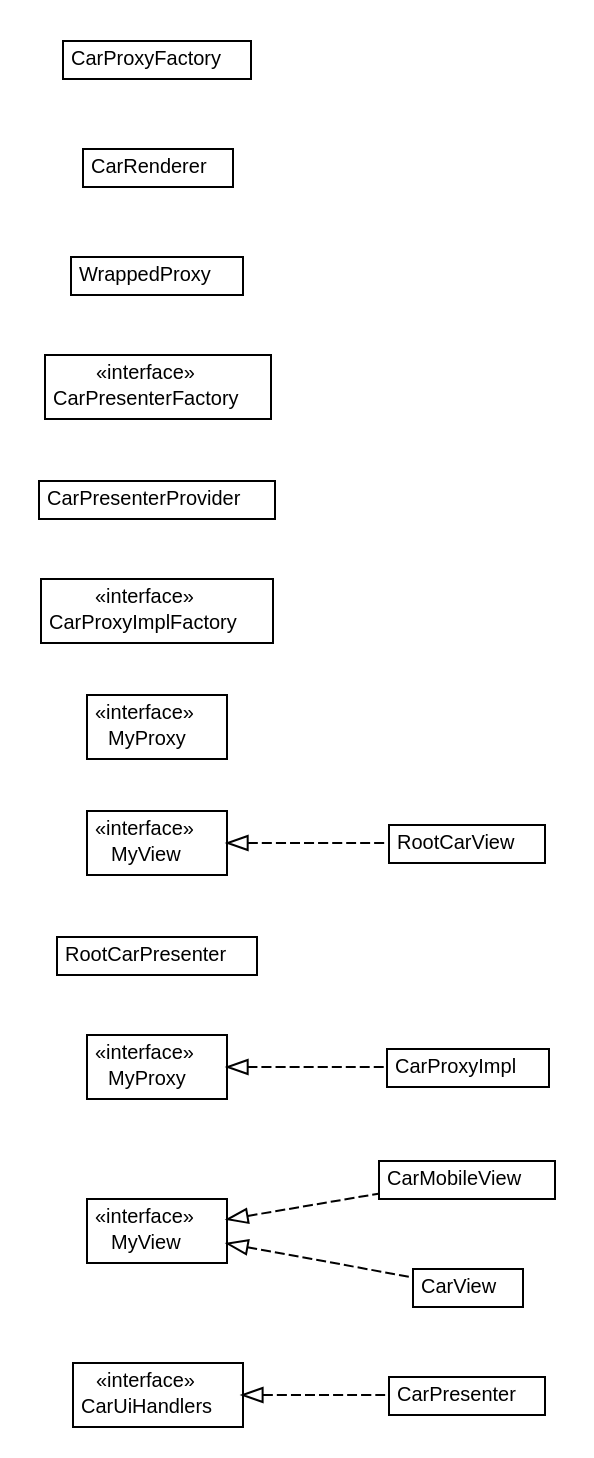
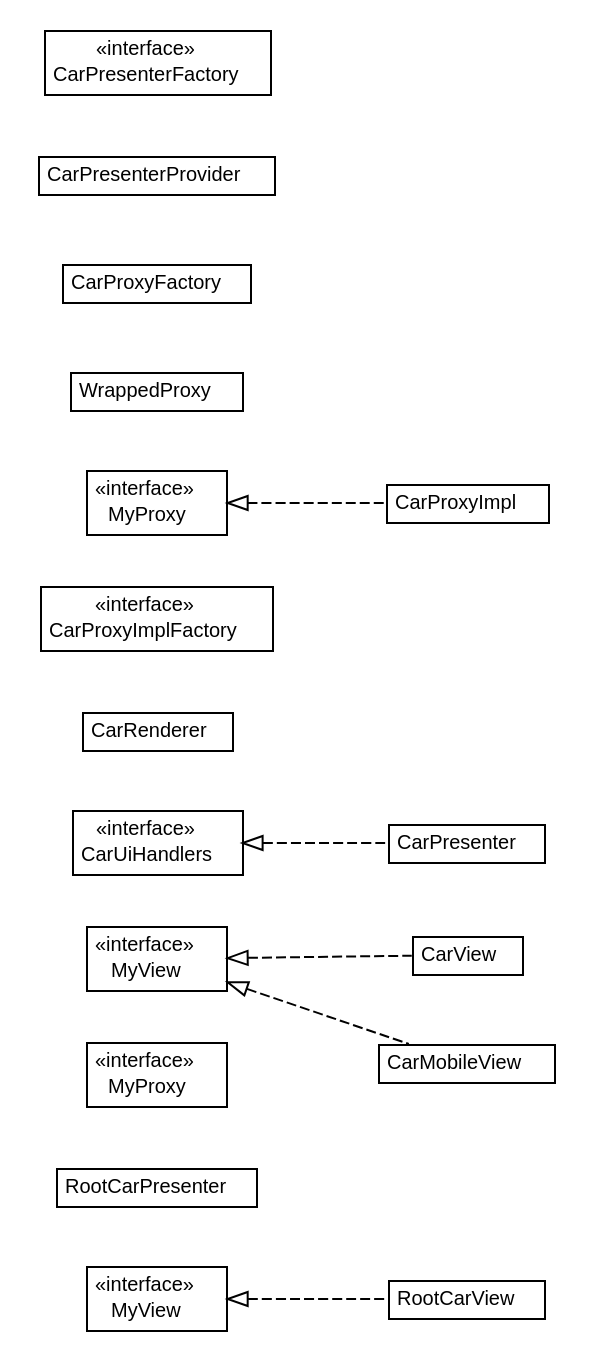
Before and after one commit to ArcBees/GWTP: the diagram in javadoc/apidocs/com/gwtplatform/carstore/client/application/cars/car/com.gwtplatform.carstore.client.application.cars.car.dot, drawn with Graphviz. The commit also changed 2255 other files, not shown here.

```diff
--- a/javadoc/apidocs/com/gwtplatform/carstore/client/application/cars/car/com.gwtplatform.carstore.client.application.cars.car.dot
+++ b/javadoc/apidocs/com/gwtplatform/carstore/client/application/cars/car/com.gwtplatform.carstore.client.application.cars.car.dot
@@ -10,123 +10,123 @@
 	nodesep=0.25;
 	ranksep=0.5;
 	rankdir=LR;
+	// com.gwtplatform.carstore.client.application.cars.car.RootCarView
+	c29363 [label=<<table title="com.gwtplatform.carstore.client.application.cars.car.RootCarView" border="0" cellborder="1" cellspacing="0" cellpadding="2" port="p" href="./RootCarView.html">
+		<tr><td><table border="0" cellspacing="0" cellpadding="1">
+<tr><td align="center" balign="center"> RootCarView </td></tr>
+		</table></td></tr>
+		</table>>, URL="./RootCarView.html", fontname="Helvetica", fontcolor="black", fontsize=10.0];
+	// com.gwtplatform.carstore.client.application.cars.car.RootCarPresenter
+	c29364 [label=<<table title="com.gwtplatform.carstore.client.application.cars.car.RootCarPresenter" border="0" cellborder="1" cellspacing="0" cellpadding="2" port="p" href="./RootCarPresenter.html">
+		<tr><td><table border="0" cellspacing="0" cellpadding="1">
+<tr><td align="center" balign="center"> RootCarPresenter </td></tr>
+		</table></td></tr>
+		</table>>, URL="./RootCarPresenter.html", fontname="Helvetica", fontcolor="black", fontsize=10.0];
+	// com.gwtplatform.carstore.client.application.cars.car.RootCarPresenter.MyView
+	c29365 [label=<<table title="com.gwtplatform.carstore.client.application.cars.car.RootCarPresenter.MyView" border="0" cellborder="1" cellspacing="0" cellpadding="2" port="p" href="./RootCarPresenter.MyView.html">
+		<tr><td><table border="0" cellspacing="0" cellpadding="1">
+<tr><td align="center" balign="center"> &#171;interface&#187; </td></tr>
+<tr><td align="center" balign="center"> MyView </td></tr>
+		</table></td></tr>
+		</table>>, URL="./RootCarPresenter.MyView.html", fontname="Helvetica", fontcolor="black", fontsize=10.0];
+	// com.gwtplatform.carstore.client.application.cars.car.RootCarPresenter.MyProxy
+	c29366 [label=<<table title="com.gwtplatform.carstore.client.application.cars.car.RootCarPresenter.MyProxy" border="0" cellborder="1" cellspacing="0" cellpadding="2" port="p" href="./RootCarPresenter.MyProxy.html">
+		<tr><td><table border="0" cellspacing="0" cellpadding="1">
+<tr><td align="center" balign="center"> &#171;interface&#187; </td></tr>
+<tr><td align="center" balign="center"> MyProxy </td></tr>
+		</table></td></tr>
+		</table>>, URL="./RootCarPresenter.MyProxy.html", fontname="Helvetica", fontcolor="black", fontsize=10.0];
+	// com.gwtplatform.carstore.client.application.cars.car.CarView
+	c29367 [label=<<table title="com.gwtplatform.carstore.client.application.cars.car.CarView" border="0" cellborder="1" cellspacing="0" cellpadding="2" port="p" href="./CarView.html">
+		<tr><td><table border="0" cellspacing="0" cellpadding="1">
+<tr><td align="center" balign="center"> CarView </td></tr>
+		</table></td></tr>
+		</table>>, URL="./CarView.html", fontname="Helvetica", fontcolor="black", fontsize=10.0];
 	// com.gwtplatform.carstore.client.application.cars.car.CarUiHandlers
-	c45191 [label=<<table title="com.gwtplatform.carstore.client.application.cars.car.CarUiHandlers" border="0" cellborder="1" cellspacing="0" cellpadding="2" port="p" href="./CarUiHandlers.html">
+	c29368 [label=<<table title="com.gwtplatform.carstore.client.application.cars.car.CarUiHandlers" border="0" cellborder="1" cellspacing="0" cellpadding="2" port="p" href="./CarUiHandlers.html">
 		<tr><td><table border="0" cellspacing="0" cellpadding="1">
 <tr><td align="center" balign="center"> &#171;interface&#187; </td></tr>
 <tr><td align="center" balign="center"> CarUiHandlers </td></tr>
 		</table></td></tr>
 		</table>>, URL="./CarUiHandlers.html", fontname="Helvetica", fontcolor="black", fontsize=10.0];
+	// com.gwtplatform.carstore.client.application.cars.car.CarRenderer
+	c29369 [label=<<table title="com.gwtplatform.carstore.client.application.cars.car.CarRenderer" border="0" cellborder="1" cellspacing="0" cellpadding="2" port="p" href="./CarRenderer.html">
+		<tr><td><table border="0" cellspacing="0" cellpadding="1">
+<tr><td align="center" balign="center"> CarRenderer </td></tr>
+		</table></td></tr>
+		</table>>, URL="./CarRenderer.html", fontname="Helvetica", fontcolor="black", fontsize=10.0];
+	// com.gwtplatform.carstore.client.application.cars.car.CarProxyImplFactory
+	c29370 [label=<<table title="com.gwtplatform.carstore.client.application.cars.car.CarProxyImplFactory" border="0" cellborder="1" cellspacing="0" cellpadding="2" port="p" href="./CarProxyImplFactory.html">
+		<tr><td><table border="0" cellspacing="0" cellpadding="1">
+<tr><td align="center" balign="center"> &#171;interface&#187; </td></tr>
+<tr><td align="center" balign="center"> CarProxyImplFactory </td></tr>
+		</table></td></tr>
+		</table>>, URL="./CarProxyImplFactory.html", fontname="Helvetica", fontcolor="black", fontsize=10.0];
+	// com.gwtplatform.carstore.client.application.cars.car.CarProxyImpl
+	c29371 [label=<<table title="com.gwtplatform.carstore.client.application.cars.car.CarProxyImpl" border="0" cellborder="1" cellspacing="0" cellpadding="2" port="p" href="./CarProxyImpl.html">
+		<tr><td><table border="0" cellspacing="0" cellpadding="1">
+<tr><td align="center" balign="center"> CarProxyImpl </td></tr>
+		</table></td></tr>
+		</table>>, URL="./CarProxyImpl.html", fontname="Helvetica", fontcolor="black", fontsize=10.0];
+	// com.gwtplatform.carstore.client.application.cars.car.CarProxyImpl.WrappedProxy
+	c29372 [label=<<table title="com.gwtplatform.carstore.client.application.cars.car.CarProxyImpl.WrappedProxy" border="0" cellborder="1" cellspacing="0" cellpadding="2" port="p" href="./CarProxyImpl.WrappedProxy.html">
+		<tr><td><table border="0" cellspacing="0" cellpadding="1">
+<tr><td align="center" balign="center"> WrappedProxy </td></tr>
+		</table></td></tr>
+		</table>>, URL="./CarProxyImpl.WrappedProxy.html", fontname="Helvetica", fontcolor="black", fontsize=10.0];
+	// com.gwtplatform.carstore.client.application.cars.car.CarProxyFactory
+	c29373 [label=<<table title="com.gwtplatform.carstore.client.application.cars.car.CarProxyFactory" border="0" cellborder="1" cellspacing="0" cellpadding="2" port="p" href="./CarProxyFactory.html">
+		<tr><td><table border="0" cellspacing="0" cellpadding="1">
+<tr><td align="center" balign="center"> CarProxyFactory </td></tr>
+		</table></td></tr>
+		</table>>, URL="./CarProxyFactory.html", fontname="Helvetica", fontcolor="black", fontsize=10.0];
+	// com.gwtplatform.carstore.client.application.cars.car.CarPresenterProvider
+	c29374 [label=<<table title="com.gwtplatform.carstore.client.application.cars.car.CarPresenterProvider" border="0" cellborder="1" cellspacing="0" cellpadding="2" port="p" href="./CarPresenterProvider.html">
+		<tr><td><table border="0" cellspacing="0" cellpadding="1">
+<tr><td align="center" balign="center"> CarPresenterProvider </td></tr>
+		</table></td></tr>
+		</table>>, URL="./CarPresenterProvider.html", fontname="Helvetica", fontcolor="black", fontsize=10.0];
+	// com.gwtplatform.carstore.client.application.cars.car.CarPresenterFactory
+	c29375 [label=<<table title="com.gwtplatform.carstore.client.application.cars.car.CarPresenterFactory" border="0" cellborder="1" cellspacing="0" cellpadding="2" port="p" href="./CarPresenterFactory.html">
+		<tr><td><table border="0" cellspacing="0" cellpadding="1">
+<tr><td align="center" balign="center"> &#171;interface&#187; </td></tr>
+<tr><td align="center" balign="center"> CarPresenterFactory </td></tr>
+		</table></td></tr>
+		</table>>, URL="./CarPresenterFactory.html", fontname="Helvetica", fontcolor="black", fontsize=10.0];
 	// com.gwtplatform.carstore.client.application.cars.car.CarPresenter
-	c45192 [label=<<table title="com.gwtplatform.carstore.client.application.cars.car.CarPresenter" border="0" cellborder="1" cellspacing="0" cellpadding="2" port="p" href="./CarPresenter.html">
+	c29376 [label=<<table title="com.gwtplatform.carstore.client.application.cars.car.CarPresenter" border="0" cellborder="1" cellspacing="0" cellpadding="2" port="p" href="./CarPresenter.html">
 		<tr><td><table border="0" cellspacing="0" cellpadding="1">
 <tr><td align="center" balign="center"> CarPresenter </td></tr>
 		</table></td></tr>
 		</table>>, URL="./CarPresenter.html", fontname="Helvetica", fontcolor="black", fontsize=10.0];
 	// com.gwtplatform.carstore.client.application.cars.car.CarPresenter.MyView
-	c45193 [label=<<table title="com.gwtplatform.carstore.client.application.cars.car.CarPresenter.MyView" border="0" cellborder="1" cellspacing="0" cellpadding="2" port="p" href="./CarPresenter.MyView.html">
+	c29377 [label=<<table title="com.gwtplatform.carstore.client.application.cars.car.CarPresenter.MyView" border="0" cellborder="1" cellspacing="0" cellpadding="2" port="p" href="./CarPresenter.MyView.html">
 		<tr><td><table border="0" cellspacing="0" cellpadding="1">
 <tr><td align="center" balign="center"> &#171;interface&#187; </td></tr>
 <tr><td align="center" balign="center"> MyView </td></tr>
 		</table></td></tr>
 		</table>>, URL="./CarPresenter.MyView.html", fontname="Helvetica", fontcolor="black", fontsize=10.0];
 	// com.gwtplatform.carstore.client.application.cars.car.CarPresenter.MyProxy
-	c45194 [label=<<table title="com.gwtplatform.carstore.client.application.cars.car.CarPresenter.MyProxy" border="0" cellborder="1" cellspacing="0" cellpadding="2" port="p" href="./CarPresenter.MyProxy.html">
+	c29378 [label=<<table title="com.gwtplatform.carstore.client.application.cars.car.CarPresenter.MyProxy" border="0" cellborder="1" cellspacing="0" cellpadding="2" port="p" href="./CarPresenter.MyProxy.html">
 		<tr><td><table border="0" cellspacing="0" cellpadding="1">
 <tr><td align="center" balign="center"> &#171;interface&#187; </td></tr>
 <tr><td align="center" balign="center"> MyProxy </td></tr>
 		</table></td></tr>
 		</table>>, URL="./CarPresenter.MyProxy.html", fontname="Helvetica", fontcolor="black", fontsize=10.0];
-	// com.gwtplatform.carstore.client.application.cars.car.RootCarPresenter
-	c45195 [label=<<table title="com.gwtplatform.carstore.client.application.cars.car.RootCarPresenter" border="0" cellborder="1" cellspacing="0" cellpadding="2" port="p" href="./RootCarPresenter.html">
-		<tr><td><table border="0" cellspacing="0" cellpadding="1">
-<tr><td align="center" balign="center"> RootCarPresenter </td></tr>
-		</table></td></tr>
-		</table>>, URL="./RootCarPresenter.html", fontname="Helvetica", fontcolor="black", fontsize=10.0];
-	// com.gwtplatform.carstore.client.application.cars.car.RootCarPresenter.MyView
-	c45196 [label=<<table title="com.gwtplatform.carstore.client.application.cars.car.RootCarPresenter.MyView" border="0" cellborder="1" cellspacing="0" cellpadding="2" port="p" href="./RootCarPresenter.MyView.html">
-		<tr><td><table border="0" cellspacing="0" cellpadding="1">
-<tr><td align="center" balign="center"> &#171;interface&#187; </td></tr>
-<tr><td align="center" balign="center"> MyView </td></tr>
-		</table></td></tr>
-		</table>>, URL="./RootCarPresenter.MyView.html", fontname="Helvetica", fontcolor="black", fontsize=10.0];
-	// com.gwtplatform.carstore.client.application.cars.car.RootCarPresenter.MyProxy
-	c45197 [label=<<table title="com.gwtplatform.carstore.client.application.cars.car.RootCarPresenter.MyProxy" border="0" cellborder="1" cellspacing="0" cellpadding="2" port="p" href="./RootCarPresenter.MyProxy.html">
-		<tr><td><table border="0" cellspacing="0" cellpadding="1">
-<tr><td align="center" balign="center"> &#171;interface&#187; </td></tr>
-<tr><td align="center" balign="center"> MyProxy </td></tr>
-		</table></td></tr>
-		</table>>, URL="./RootCarPresenter.MyProxy.html", fontname="Helvetica", fontcolor="black", fontsize=10.0];
-	// com.gwtplatform.carstore.client.application.cars.car.CarProxyImplFactory
-	c45198 [label=<<table title="com.gwtplatform.carstore.client.application.cars.car.CarProxyImplFactory" border="0" cellborder="1" cellspacing="0" cellpadding="2" port="p" href="./CarProxyImplFactory.html">
-		<tr><td><table border="0" cellspacing="0" cellpadding="1">
-<tr><td align="center" balign="center"> &#171;interface&#187; </td></tr>
-<tr><td align="center" balign="center"> CarProxyImplFactory </td></tr>
-		</table></td></tr>
-		</table>>, URL="./CarProxyImplFactory.html", fontname="Helvetica", fontcolor="black", fontsize=10.0];
-	// com.gwtplatform.carstore.client.application.cars.car.RootCarView
-	c45199 [label=<<table title="com.gwtplatform.carstore.client.application.cars.car.RootCarView" border="0" cellborder="1" cellspacing="0" cellpadding="2" port="p" href="./RootCarView.html">
-		<tr><td><table border="0" cellspacing="0" cellpadding="1">
-<tr><td align="center" balign="center"> RootCarView </td></tr>
-		</table></td></tr>
-		</table>>, URL="./RootCarView.html", fontname="Helvetica", fontcolor="black", fontsize=10.0];
-	// com.gwtplatform.carstore.client.application.cars.car.CarPresenterProvider
-	c45200 [label=<<table title="com.gwtplatform.carstore.client.application.cars.car.CarPresenterProvider" border="0" cellborder="1" cellspacing="0" cellpadding="2" port="p" href="./CarPresenterProvider.html">
-		<tr><td><table border="0" cellspacing="0" cellpadding="1">
-<tr><td align="center" balign="center"> CarPresenterProvider </td></tr>
-		</table></td></tr>
-		</table>>, URL="./CarPresenterProvider.html", fontname="Helvetica", fontcolor="black", fontsize=10.0];
 	// com.gwtplatform.carstore.client.application.cars.car.CarMobileView
-	c45201 [label=<<table title="com.gwtplatform.carstore.client.application.cars.car.CarMobileView" border="0" cellborder="1" cellspacing="0" cellpadding="2" port="p" href="./CarMobileView.html">
+	c29379 [label=<<table title="com.gwtplatform.carstore.client.application.cars.car.CarMobileView" border="0" cellborder="1" cellspacing="0" cellpadding="2" port="p" href="./CarMobileView.html">
 		<tr><td><table border="0" cellspacing="0" cellpadding="1">
 <tr><td align="center" balign="center"> CarMobileView </td></tr>
 		</table></td></tr>
 		</table>>, URL="./CarMobileView.html", fontname="Helvetica", fontcolor="black", fontsize=10.0];
-	// com.gwtplatform.carstore.client.application.cars.car.CarPresenterFactory
-	c45202 [label=<<table title="com.gwtplatform.carstore.client.application.cars.car.CarPresenterFactory" border="0" cellborder="1" cellspacing="0" cellpadding="2" port="p" href="./CarPresenterFactory.html">
-		<tr><td><table border="0" cellspacing="0" cellpadding="1">
-<tr><td align="center" balign="center"> &#171;interface&#187; </td></tr>
-<tr><td align="center" balign="center"> CarPresenterFactory </td></tr>
-		</table></td></tr>
-		</table>>, URL="./CarPresenterFactory.html", fontname="Helvetica", fontcolor="black", fontsize=10.0];
-	// com.gwtplatform.carstore.client.application.cars.car.CarProxyImpl
-	c45203 [label=<<table title="com.gwtplatform.carstore.client.application.cars.car.CarProxyImpl" border="0" cellborder="1" cellspacing="0" cellpadding="2" port="p" href="./CarProxyImpl.html">
-		<tr><td><table border="0" cellspacing="0" cellpadding="1">
-<tr><td align="center" balign="center"> CarProxyImpl </td></tr>
-		</table></td></tr>
-		</table>>, URL="./CarProxyImpl.html", fontname="Helvetica", fontcolor="black", fontsize=10.0];
-	// com.gwtplatform.carstore.client.application.cars.car.CarProxyImpl.WrappedProxy
-	c45204 [label=<<table title="com.gwtplatform.carstore.client.application.cars.car.CarProxyImpl.WrappedProxy" border="0" cellborder="1" cellspacing="0" cellpadding="2" port="p" href="./CarProxyImpl.WrappedProxy.html">
-		<tr><td><table border="0" cellspacing="0" cellpadding="1">
-<tr><td align="center" balign="center"> WrappedProxy </td></tr>
-		</table></td></tr>
-		</table>>, URL="./CarProxyImpl.WrappedProxy.html", fontname="Helvetica", fontcolor="black", fontsize=10.0];
-	// com.gwtplatform.carstore.client.application.cars.car.CarRenderer
-	c45205 [label=<<table title="com.gwtplatform.carstore.client.application.cars.car.CarRenderer" border="0" cellborder="1" cellspacing="0" cellpadding="2" port="p" href="./CarRenderer.html">
-		<tr><td><table border="0" cellspacing="0" cellpadding="1">
-<tr><td align="center" balign="center"> CarRenderer </td></tr>
-		</table></td></tr>
-		</table>>, URL="./CarRenderer.html", fontname="Helvetica", fontcolor="black", fontsize=10.0];
-	// com.gwtplatform.carstore.client.application.cars.car.CarView
-	c45206 [label=<<table title="com.gwtplatform.carstore.client.application.cars.car.CarView" border="0" cellborder="1" cellspacing="0" cellpadding="2" port="p" href="./CarView.html">
-		<tr><td><table border="0" cellspacing="0" cellpadding="1">
-<tr><td align="center" balign="center"> CarView </td></tr>
-		</table></td></tr>
-		</table>>, URL="./CarView.html", fontname="Helvetica", fontcolor="black", fontsize=10.0];
-	// com.gwtplatform.carstore.client.application.cars.car.CarProxyFactory
-	c45207 [label=<<table title="com.gwtplatform.carstore.client.application.cars.car.CarProxyFactory" border="0" cellborder="1" cellspacing="0" cellpadding="2" port="p" href="./CarProxyFactory.html">
-		<tr><td><table border="0" cellspacing="0" cellpadding="1">
-<tr><td align="center" balign="center"> CarProxyFactory </td></tr>
-		</table></td></tr>
-		</table>>, URL="./CarProxyFactory.html", fontname="Helvetica", fontcolor="black", fontsize=10.0];
+	//com.gwtplatform.carstore.client.application.cars.car.RootCarView implements com.gwtplatform.carstore.client.application.cars.car.RootCarPresenter.MyView
+	c29365:p -> c29363:p [dir=back,arrowtail=empty,style=dashed];
+	//com.gwtplatform.carstore.client.application.cars.car.CarView implements com.gwtplatform.carstore.client.application.cars.car.CarPresenter.MyView
+	c29377:p -> c29367:p [dir=back,arrowtail=empty,style=dashed];
+	//com.gwtplatform.carstore.client.application.cars.car.CarProxyImpl implements com.gwtplatform.carstore.client.application.cars.car.CarPresenter.MyProxy
+	c29378:p -> c29371:p [dir=back,arrowtail=empty,style=dashed];
 	//com.gwtplatform.carstore.client.application.cars.car.CarPresenter implements com.gwtplatform.carstore.client.application.cars.car.CarUiHandlers
-	c45191:p -> c45192:p [dir=back,arrowtail=empty,style=dashed];
-	//com.gwtplatform.carstore.client.application.cars.car.RootCarView implements com.gwtplatform.carstore.client.application.cars.car.RootCarPresenter.MyView
-	c45196:p -> c45199:p [dir=back,arrowtail=empty,style=dashed];
+	c29368:p -> c29376:p [dir=back,arrowtail=empty,style=dashed];
 	//com.gwtplatform.carstore.client.application.cars.car.CarMobileView implements com.gwtplatform.carstore.client.application.cars.car.CarPresenter.MyView
-	c45193:p -> c45201:p [dir=back,arrowtail=empty,style=dashed];
-	//com.gwtplatform.carstore.client.application.cars.car.CarProxyImpl implements com.gwtplatform.carstore.client.application.cars.car.CarPresenter.MyProxy
-	c45194:p -> c45203:p [dir=back,arrowtail=empty,style=dashed];
-	//com.gwtplatform.carstore.client.application.cars.car.CarView implements com.gwtplatform.carstore.client.application.cars.car.CarPresenter.MyView
-	c45193:p -> c45206:p [dir=back,arrowtail=empty,style=dashed];
+	c29377:p -> c29379:p [dir=back,arrowtail=empty,style=dashed];
 }
```
